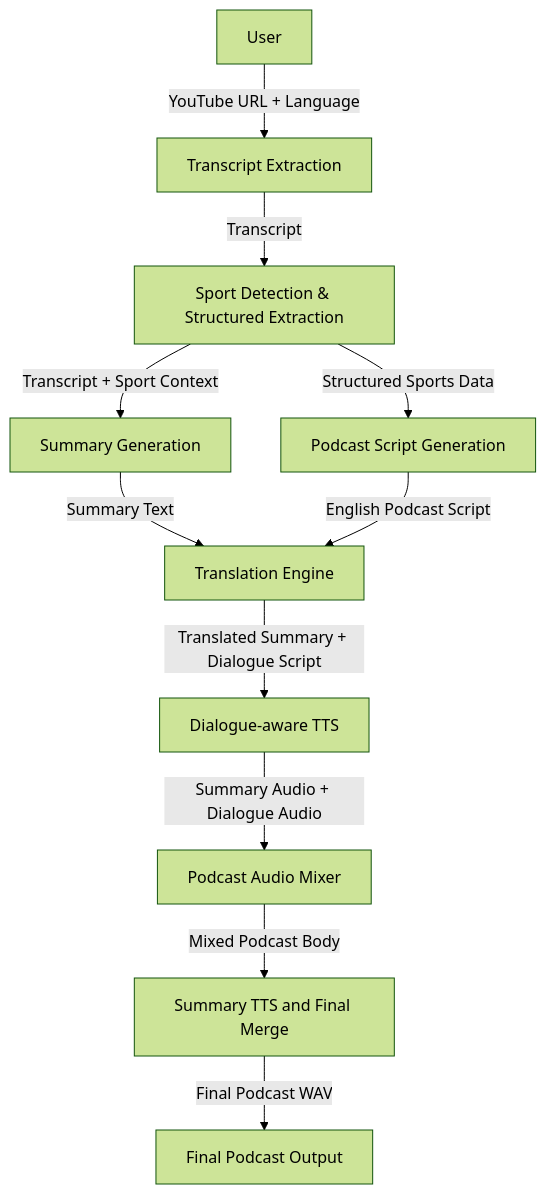
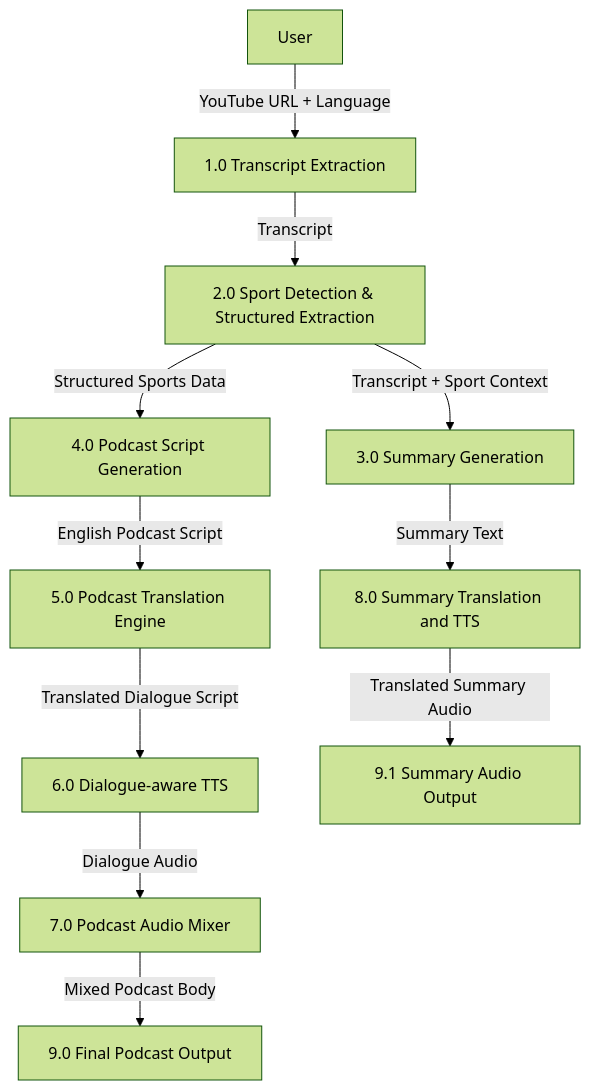
The second of 9 diagrams in docs/5_dfd.md (sahaniom/Podcast-Generator), drawn with Mermaid (forest theme) before and after one commit. The commit also changed other lines of this file and 6 other files, not shown here.

Commit message:
summary output separated

````diff
--- a/docs/5_dfd.md
+++ b/docs/5_dfd.md
@@ -45,32 +47,33 @@
 ```mermaid
 flowchart TD
 
     User[User]
 
-    A[Transcript Extraction]
-    B[Sport Detection & Structured Extraction]
-    C[Summary Generation]
-    D[Podcast Script Generation]
-    E[Translation Engine]
-    F[Dialogue-aware TTS]
-    G[Podcast Audio Mixer]
-    H[Summary TTS and Final Merge]
-    I[Final Podcast Output]
+    A[1.0 Transcript Extraction]
+    B[2.0 Sport Detection & Structured Extraction]
+    C[3.0 Summary Generation]
+    D[4.0 Podcast Script Generation]
+    E[5.0 Podcast Translation Engine]
+    F[6.0 Dialogue-aware TTS]
+    G[7.0 Podcast Audio Mixer]
+    H[8.0 Summary Translation and TTS]
+    I[9.0 Final Podcast Output]
+    J[9.1 Summary Audio Output]
 
     User -->|YouTube URL + Language| A
 
     A -->|Transcript| B
 
     B -->|Transcript + Sport Context| C
 
     B -->|Structured Sports Data| D
 
-    C -->|Summary Text| E
     D -->|English Podcast Script| E
 
-    E -->|Translated Summary + Dialogue Script| F
+    E -->|Translated Dialogue Script| F
 
-    F -->|Summary Audio + Dialogue Audio| G
-    G -->|Mixed Podcast Body| H
-    H -->|Final Podcast WAV| I
+    F -->|Dialogue Audio| G
+    G -->|Mixed Podcast Body| I
+    C -->|Summary Text| H
+    H -->|Translated Summary Audio| J
 ```
````
